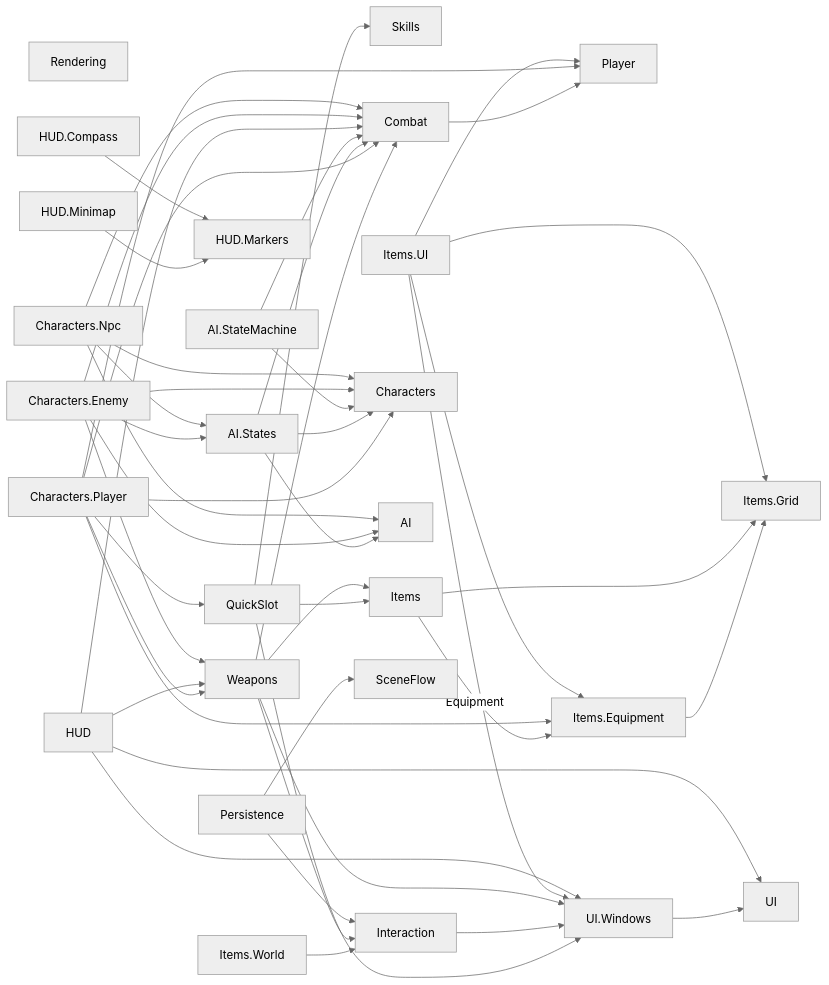
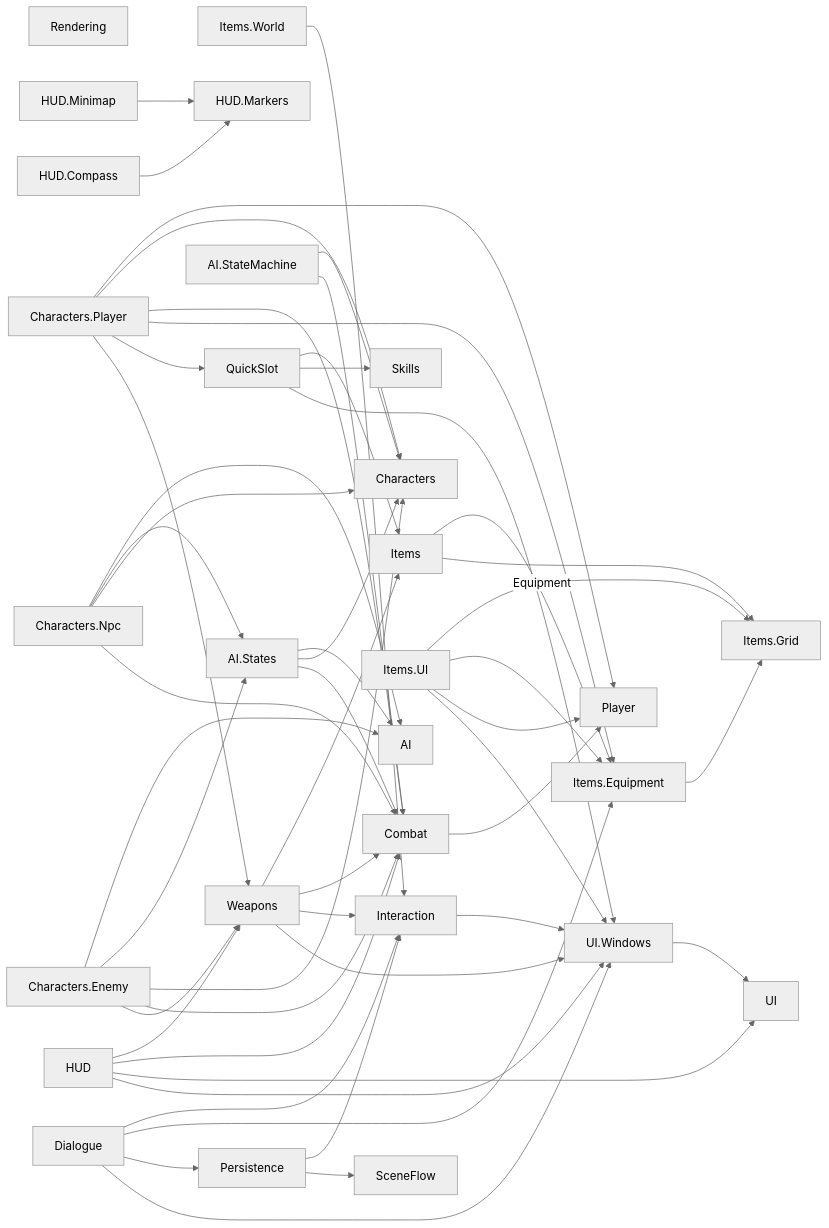
One commit to Seung-Hyun-211/ClaudeUnityPluginTest changed the diagram in documents/codebase-map.md. Above: the diagram before and after it, drawn with Mermaid (neutral theme). The commit also changed other lines of this file and 13 other files, not shown here.

````diff
--- a/documents/codebase-map.md
+++ b/documents/codebase-map.md
@@ -90,53 +92,57 @@
 ```mermaid
 graph LR
   Player
   Skills
   Interaction
   Rendering
   Items --> |Equipment| ItemsEquip[Items.Equipment]
   ItemsEquip --> ItemsGrid[Items.Grid]
   Items --> ItemsGrid
   ItemsWorld[Items.World] --> Interaction
   Combat --> Player
   QuickSlot --> Items
   QuickSlot --> Skills
   QuickSlot --> UIWindows
   Interaction --> UIWindows
   Weapons --> Items
   Weapons --> Combat
   Weapons --> Interaction
   Weapons --> UIWindows
   CharPlayer[Characters.Player] --> Player
   CharPlayer --> Characters
   CharPlayer --> Combat
   CharPlayer --> ItemsEquip
   CharPlayer --> QuickSlot
   CharPlayer --> Weapons
   AiStates[AI.States] --> AI
   AiStates --> Characters
   AiStates --> Combat
   AiCore[AI.StateMachine] --> Characters
   AiCore --> Combat
   ItemsUI[Items.UI] --> ItemsGrid
   ItemsUI --> ItemsEquip
   ItemsUI --> Player
   ItemsUI --> UIWindows[UI.Windows]
   UIWindows --> UI
   HUD --> Weapons
   HUD --> Combat
   HUD --> UI
   HUD --> UIWindows
   HUDMinimap[HUD.Minimap] --> HUDMarkers[HUD.Markers]
   HUDCompass[HUD.Compass] --> HUDMarkers
   CharEnemy[Characters.Enemy] --> AI
   CharEnemy --> AiStates
   CharEnemy --> Characters
   CharEnemy --> Combat
   CharEnemy --> Weapons
   CharNpc[Characters.Npc] --> AI
   CharNpc --> AiStates
   CharNpc --> Characters
   CharNpc --> Combat
   Persistence --> Interaction
+  Dialogue --> Interaction
+  Dialogue --> ItemsEquip
+  Dialogue --> Persistence
+  Dialogue --> UIWindows
   Persistence --> SceneFlow
 ```
````
